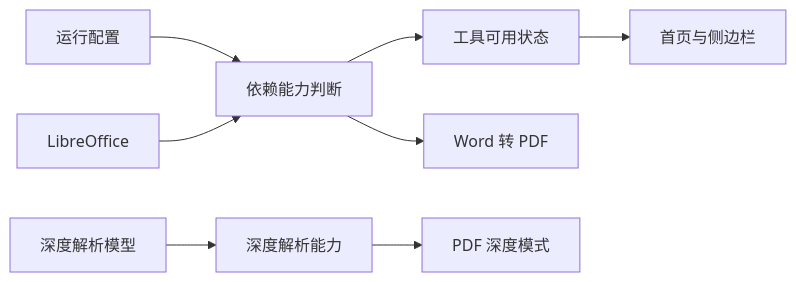
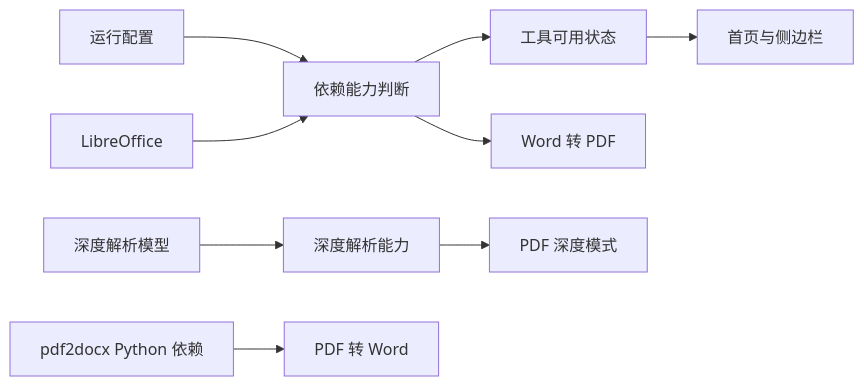
Before and after one commit to ddll8023/tools: the fifth of 6 diagrams in doc/模块说明文档.md, drawn with Mermaid. The commit also changed other lines of this file and 14 other files, not shown here.

Commit message:
新增 PDF 转 Word 工具及前后端完整支持

````diff
--- a/doc/模块说明文档.md
+++ b/doc/模块说明文档.md
@@ -293,10 +328,11 @@
 ```mermaid
 flowchart LR
     Config[运行配置] --> DependencyCheck[依赖能力判断]
     LibreOffice[LibreOffice] --> DependencyCheck
     MinerU[深度解析模型] --> DeepCapability[深度解析能力]
     DependencyCheck --> Catalog[工具可用状态]
     Catalog --> Navigation[首页与侧边栏]
     DependencyCheck --> Word[Word 转 PDF]
+    Pdf2Docx[pdf2docx Python 依赖] --> PDFWord[PDF 转 Word]
     DeepCapability --> PDF[PDF 深度模式]
 ```
````
